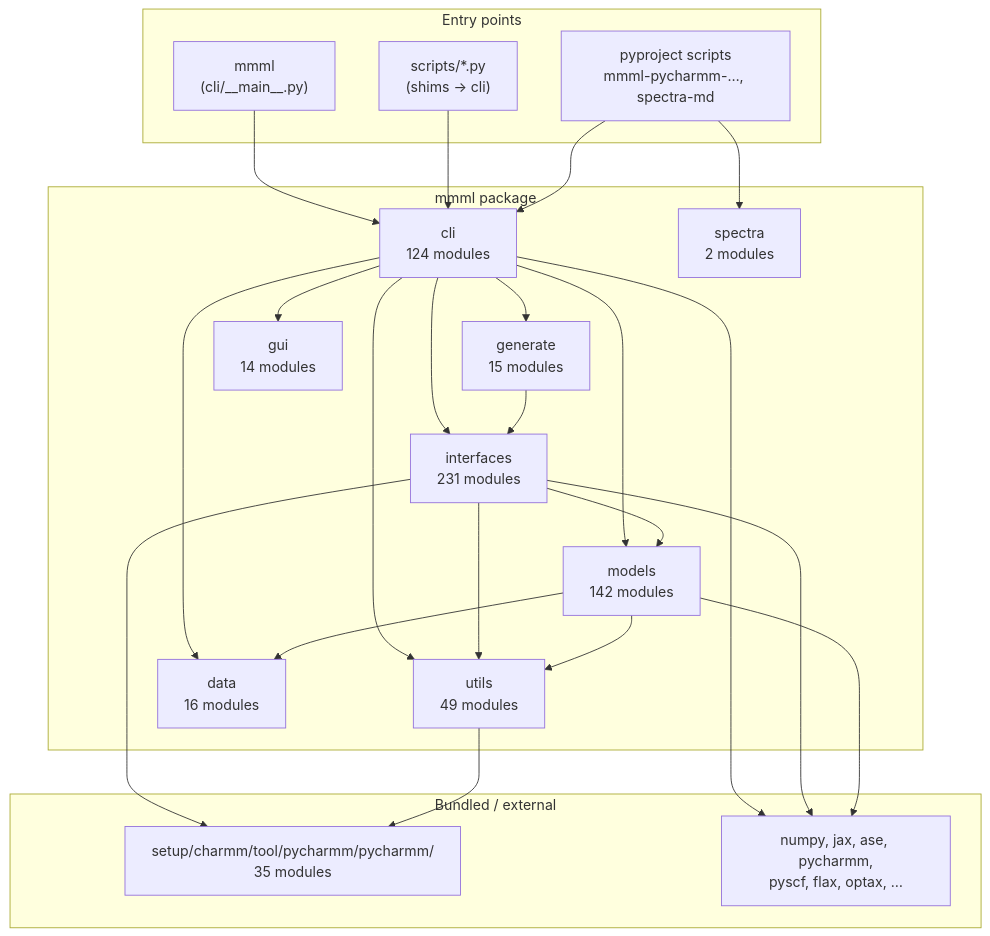
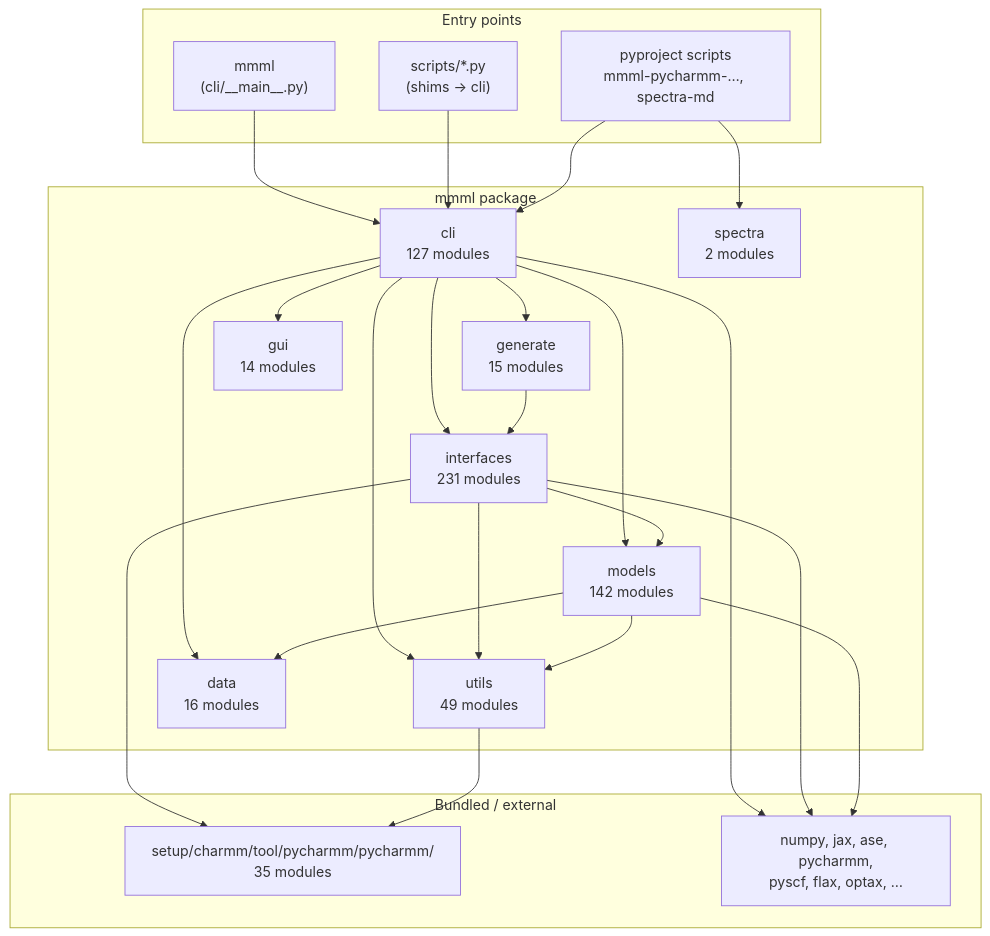
Before and after one commit to EricBoittier/mmml: the first of 8 diagrams in docs/package-architecture.md, drawn with Mermaid. The commit also changed 4 other files, not shown here.

````diff
--- a/docs/package-architecture.md
+++ b/docs/package-architecture.md
@@ -13,48 +13,48 @@
 ```mermaid
 flowchart TB
   subgraph entry["Entry points"]
     MMML["mmml\n(cli/__main__.py)"]
     SCRIPTS["scripts/*.py\n(shims → cli)"]
     PKG["pyproject scripts\nmmml-pycharmm-…, spectra-md"]
   end
 
   subgraph mmml_pkg["mmml package"]
-    CLI["cli\n124 modules"]
+    CLI["cli\n127 modules"]
     IFACE["interfaces\n231 modules"]
     MODELS["models\n142 modules"]
     UTILS["utils\n49 modules"]
     DATA["data\n16 modules"]
     GEN["generate\n15 modules"]
     GUI["gui\n14 modules"]
     SPEC["spectra\n2 modules"]
   end
 
   subgraph vendor["Bundled / external"]
     PYCH["setup/charmm/tool/pycharmm/pycharmm/\n35 modules"]
     EXT["numpy, jax, ase, pycharmm,\npyscf, flax, optax, …"]
   end
 
   MMML --> CLI
   SCRIPTS --> CLI
   PKG --> CLI
   PKG --> SPEC
 
   CLI --> IFACE
   CLI --> MODELS
   CLI --> DATA
   CLI --> UTILS
   CLI --> GEN
   CLI --> GUI
 
   IFACE --> MODELS
   IFACE --> UTILS
   IFACE --> PYCH
   MODELS --> UTILS
   MODELS --> DATA
   UTILS --> PYCH
   GEN --> IFACE
 
   CLI --> EXT
   IFACE --> EXT
   MODELS --> EXT
 ```
````
